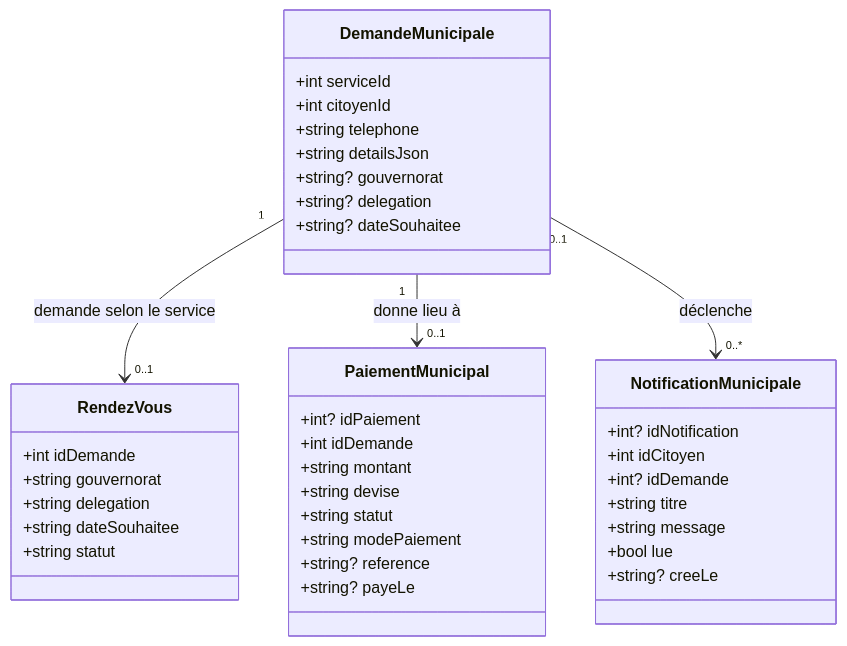
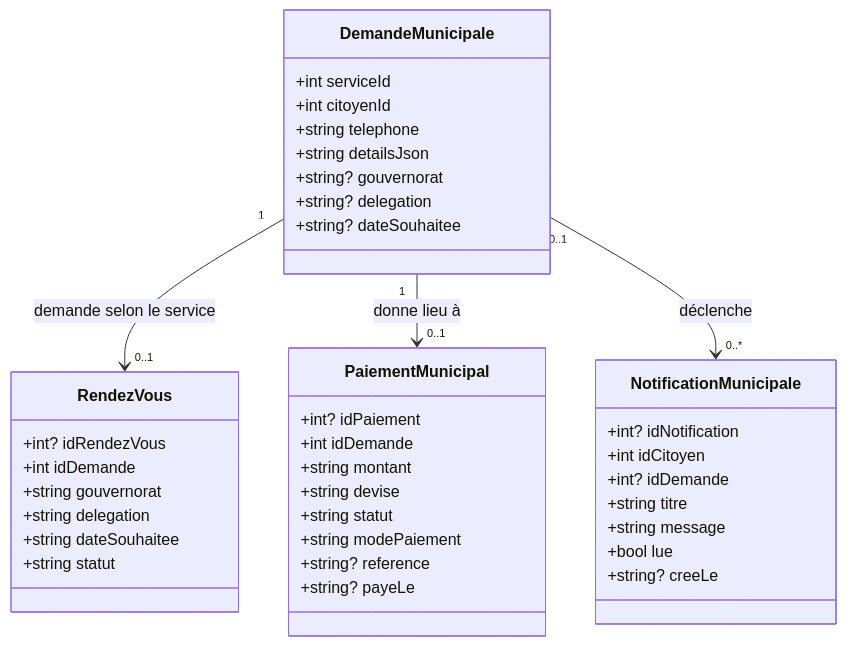
One commit to darineghodhbani/Esprit-PW-2A6-2026-ETounsi changed the diagram in docs/entites-municipalite.md. Above: the diagram before and after it, drawn with Mermaid. The commit also changed other lines of this file and 7 other files, not shown here.

````diff
--- a/docs/entites-municipalite.md
+++ b/docs/entites-municipalite.md
@@ -5,41 +5,42 @@
 ```mermaid
 classDiagram
   class DemandeMunicipale {
     +int serviceId
     +int citoyenId
     +string telephone
     +string detailsJson
     +string? gouvernorat
     +string? delegation
     +string? dateSouhaitee
   }
   class RendezVous {
+    +int? idRendezVous
     +int idDemande
     +string gouvernorat
     +string delegation
     +string dateSouhaitee
     +string statut
   }
   class PaiementMunicipal {
     +int? idPaiement
     +int idDemande
     +string montant
     +string devise
     +string statut
     +string modePaiement
     +string? reference
     +string? payeLe
   }
   class NotificationMunicipale {
     +int? idNotification
     +int idCitoyen
     +int? idDemande
     +string titre
     +string message
     +bool lue
     +string? creeLe
   }
   DemandeMunicipale "1" --> "0..1" RendezVous : demande selon le service
   DemandeMunicipale "1" --> "0..1" PaiementMunicipal : donne lieu à
   DemandeMunicipale "0..1" --> "0..*" NotificationMunicipale : déclenche
 ```
````
